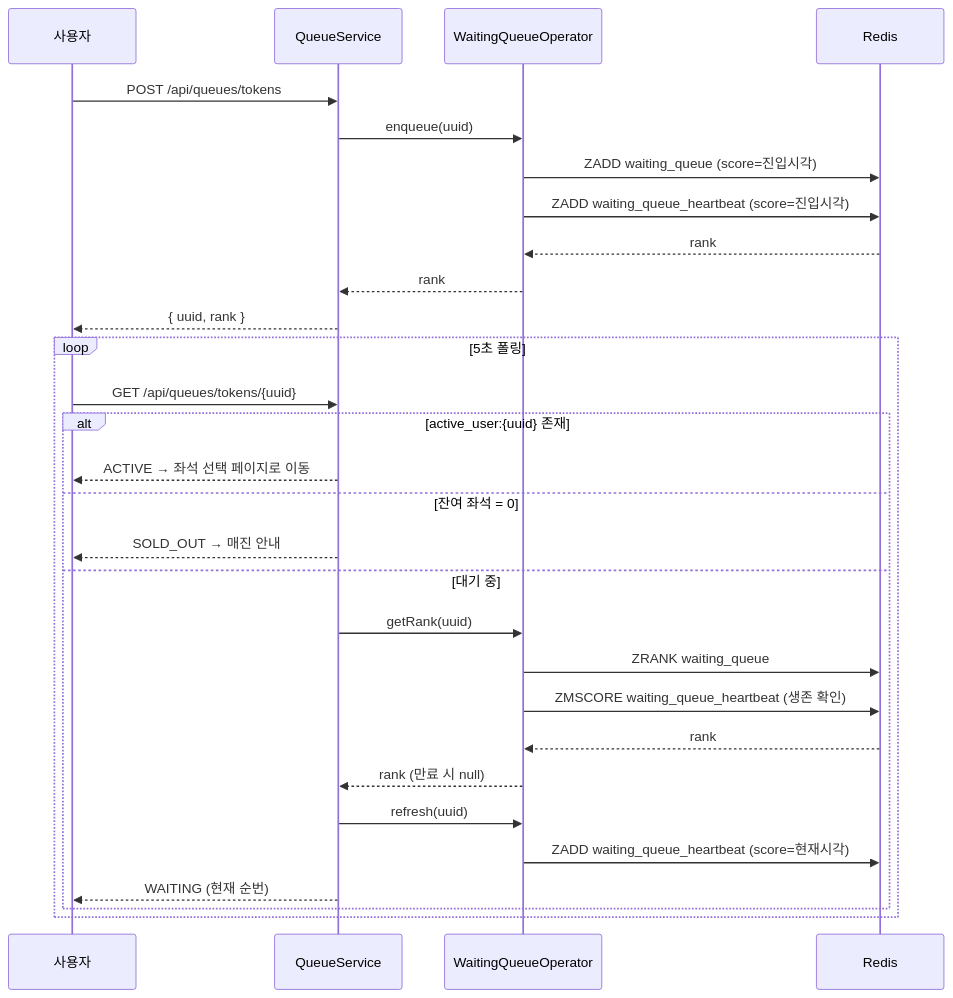
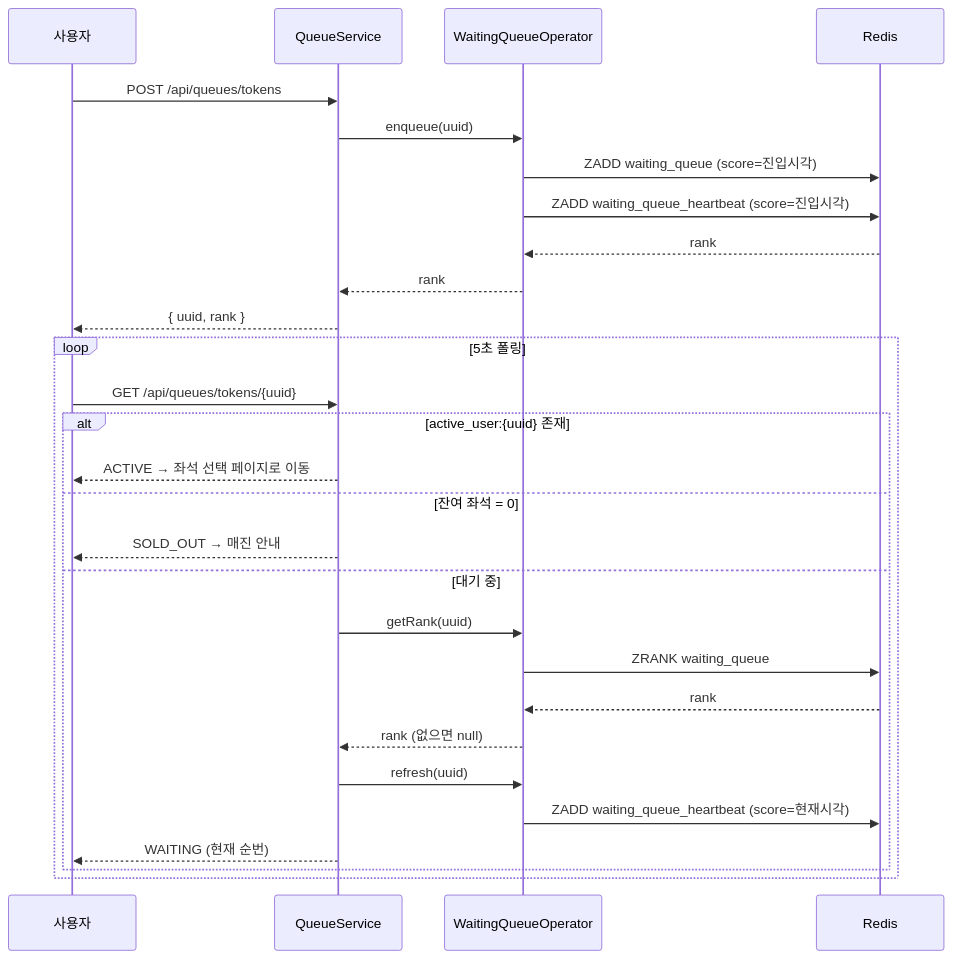
Before and after one commit to irnd04/zticket: the second of 6 diagrams in README.md, drawn with Mermaid. The commit also changed other lines of this file, not shown here.

First line of the commit message:
docs: 입장 스케줄러 플로우 다이어그램 코드 대조 수정

````diff
--- a/README.md
+++ b/README.md
@@ -74,33 +74,32 @@
 ```mermaid
 sequenceDiagram
     participant U as 사용자
     participant Q as QueueService
     participant O as WaitingQueueOperator
     participant R as Redis
 
     U->>Q: POST /api/queues/tokens
     Q->>O: enqueue(uuid)
     O->>R: ZADD waiting_queue (score=진입시각)
     O->>R: ZADD waiting_queue_heartbeat (score=진입시각)
     R-->>O: rank
     O-->>Q: rank
     Q-->>U: { uuid, rank }
 
     loop 5초 폴링
         U->>Q: GET /api/queues/tokens/{uuid}
         alt active_user:{uuid} 존재
             Q-->>U: ACTIVE → 좌석 선택 페이지로 이동
         else 잔여 좌석 = 0
             Q-->>U: SOLD_OUT → 매진 안내
         else 대기 중
             Q->>O: getRank(uuid)
             O->>R: ZRANK waiting_queue
-            O->>R: ZMSCORE waiting_queue_heartbeat (생존 확인)
             R-->>O: rank
-            O-->>Q: rank (만료 시 null)
+            O-->>Q: rank (없으면 null)
             Q->>O: refresh(uuid)
             O->>R: ZADD waiting_queue_heartbeat (score=현재시각)
             Q-->>U: WAITING (현재 순번)
         end
     end
 ```
````
